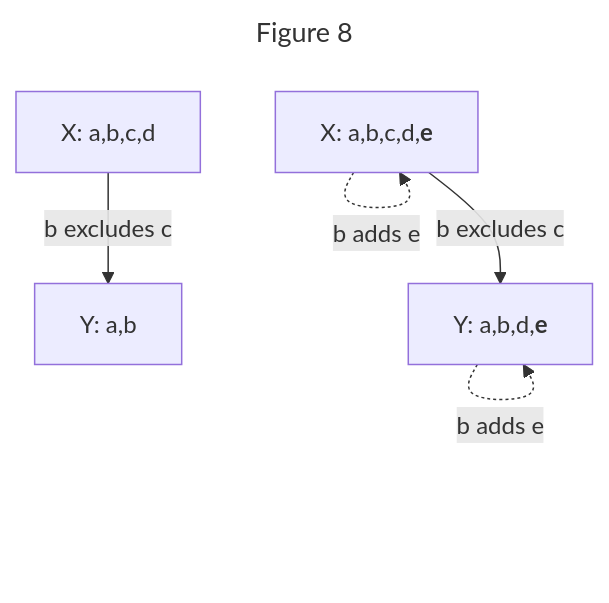
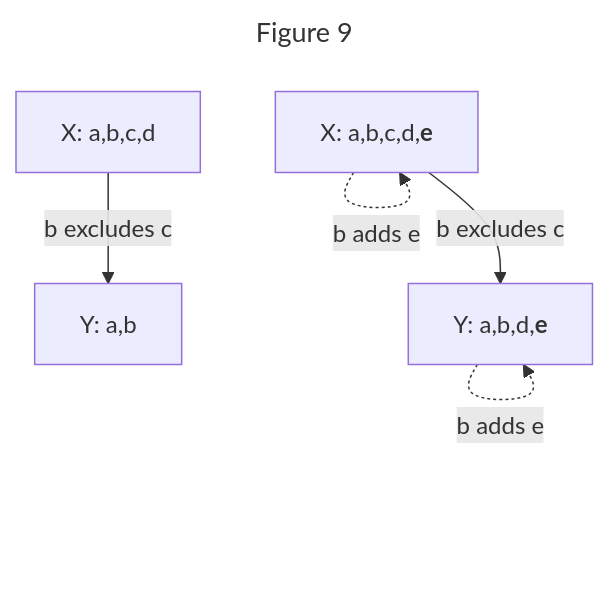
The ninth of 14 diagrams in README.md (ssbc/ssb-group-exclusion-spec), drawn with Mermaid before and after one commit. The commit also changed other lines of this file, not shown here.

````diff
--- a/README.md
+++ b/README.md
@@ -438,13 +474,13 @@
 ```mermaid
 ---
-title: Figure 8
+title: Figure 9
 ---
 graph TB;
   A0[X: a,b,c,d]
   A0--"b excludes c"--> B0[Y: a,b]
 
   A[X: a,b,c,d,<b>e</b>]
   A-."b adds e".->A
   A--"b excludes c"-->B[Y: a,b,d,<b>e</b>]
   B-."b adds e".->B
 ```
````
